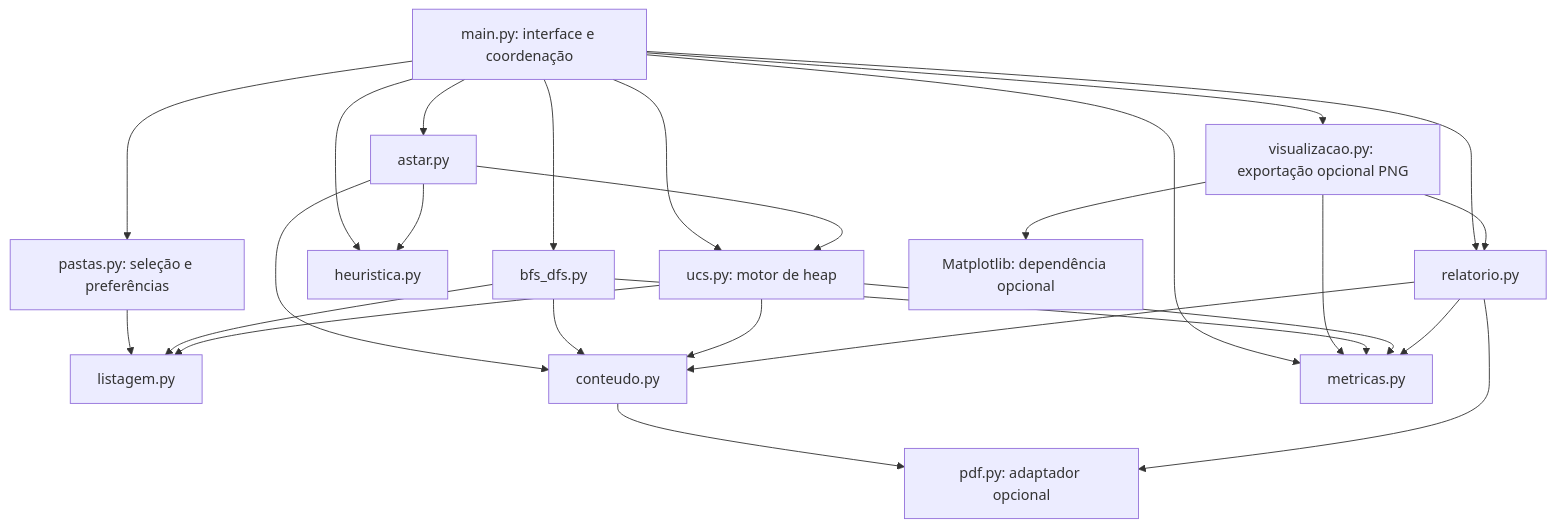
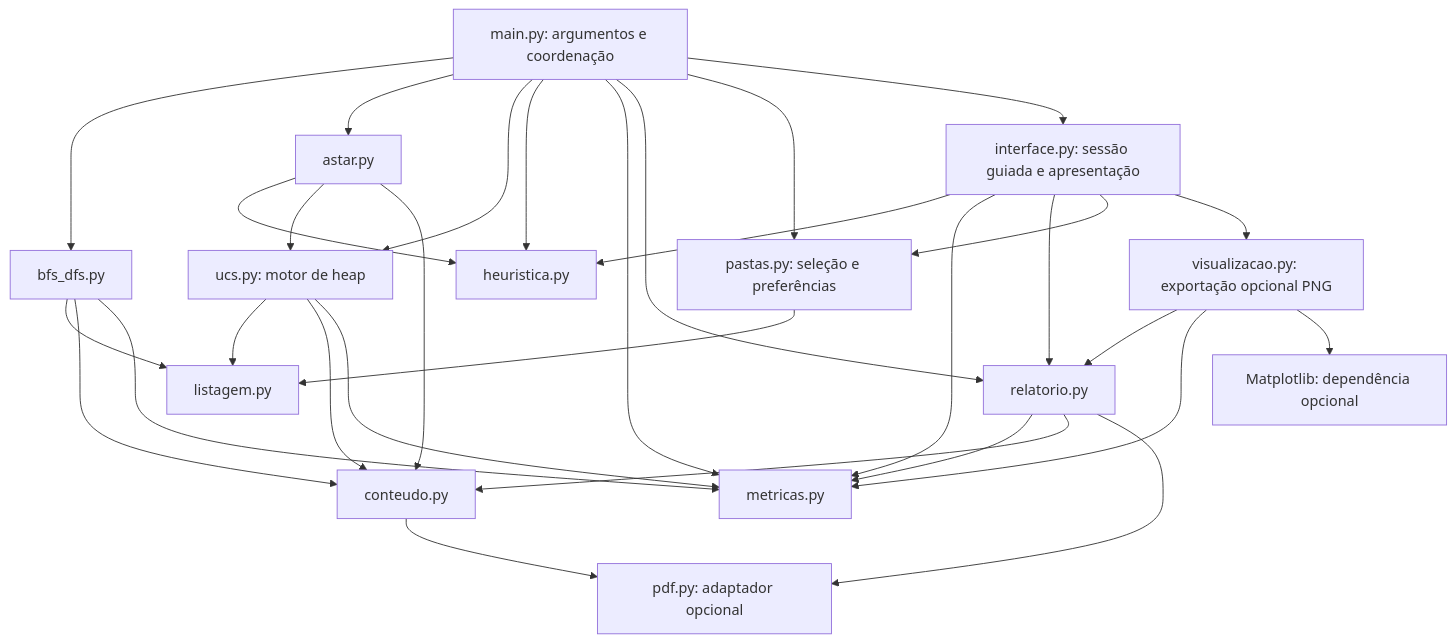
The first of 2 diagrams in docs/ARQUITETURA.md (samuelcotinguiba/File-Hunter-Agent), drawn with Mermaid before and after one commit. The commit also changed other lines of this file and 15 other files, not shown here.

Commit message:
simplifica menu com sessão guiada pelas três etapas

````diff
--- a/docs/ARQUITETURA.md
+++ b/docs/ARQUITETURA.md
@@ -72,41 +72,47 @@
 ```mermaid
 flowchart TB
-    CLI["main.py: interface e coordenação"]
+    CLI["main.py: argumentos e coordenação"]
+    UI["interface.py: sessão guiada e apresentação"]
     BFS["bfs_dfs.py"]
     AST["astar.py"]
     UCS["ucs.py: motor de heap"]
     HEU["heuristica.py"]
     LIS["listagem.py"]
     CON["conteudo.py"]
     PDF["pdf.py: adaptador opcional"]
     MET["metricas.py"]
     REL["relatorio.py"]
     PAS["pastas.py: seleção e preferências"]
     VIS["visualizacao.py: exportação opcional PNG"]
     MPL["Matplotlib: dependência opcional"]
     CLI --> BFS
     CLI --> AST
     CLI --> UCS
     CLI --> HEU
     CLI --> MET
     CLI --> REL
     CLI --> PAS
-    CLI --> VIS
+    CLI --> UI
+    UI --> HEU
+    UI --> MET
+    UI --> REL
+    UI --> PAS
+    UI --> VIS
     VIS --> REL
     VIS --> MET
     VIS --> MPL
     PAS --> LIS
     AST --> HEU
     AST --> UCS
     AST --> CON
     BFS --> LIS
     BFS --> CON
     BFS --> MET
     UCS --> LIS
     UCS --> CON
     UCS --> MET
     CON --> PDF
     REL --> MET
     REL --> CON
     REL --> PDF
 ```
````
